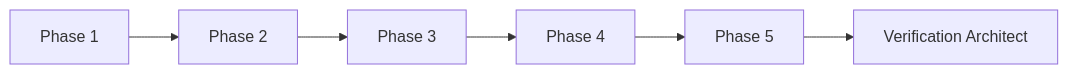
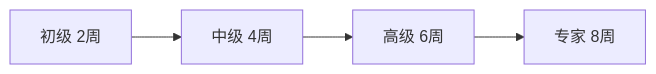
The first of 2 diagrams in docs/projects/learning-paths.md (jingzhoushii/uvm-sv-cookbook), drawn with Mermaid before and after one commit. The commit also changed other lines of this file and 5 other files, not shown here.

````diff
--- a/docs/projects/learning-paths.md
+++ b/docs/projects/learning-paths.md
@@ -90,8 +12,6 @@
 ```mermaid
 graph LR
-    M1[Phase 1] --> M2[Phase 2]
-    M2 --> M3[Phase 3]
-    M3 --> M4[Phase 4]
-    M4 --> M5[Phase 5]
-    M5 --> ARCH[Verification Architect]
+    A[初级 2周] --> B[中级 4周]
+    B --> C[高级 6周]
+    C --> D[专家 8周]
 ```
````
